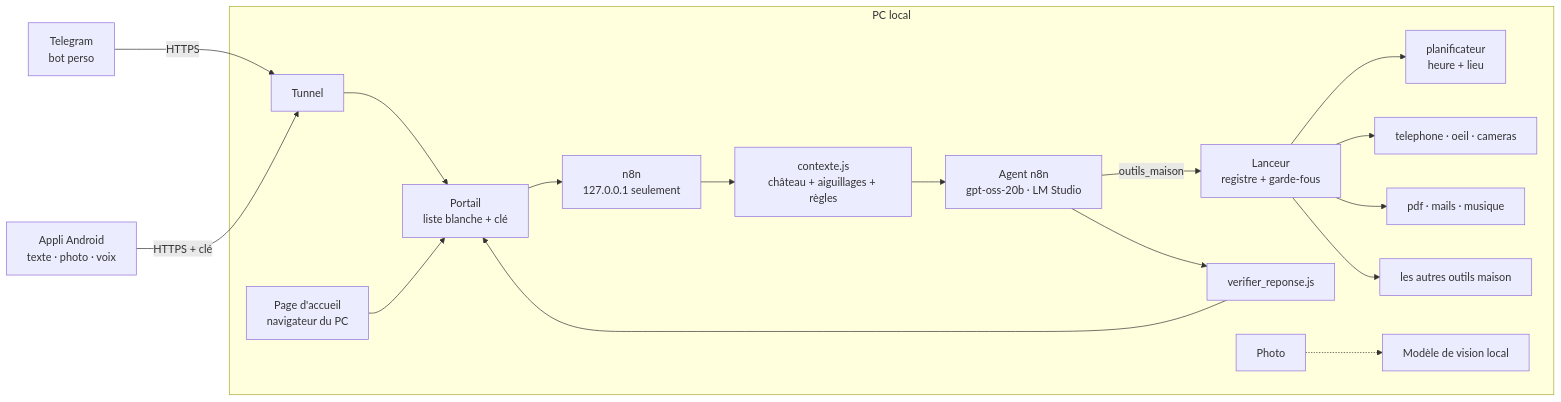
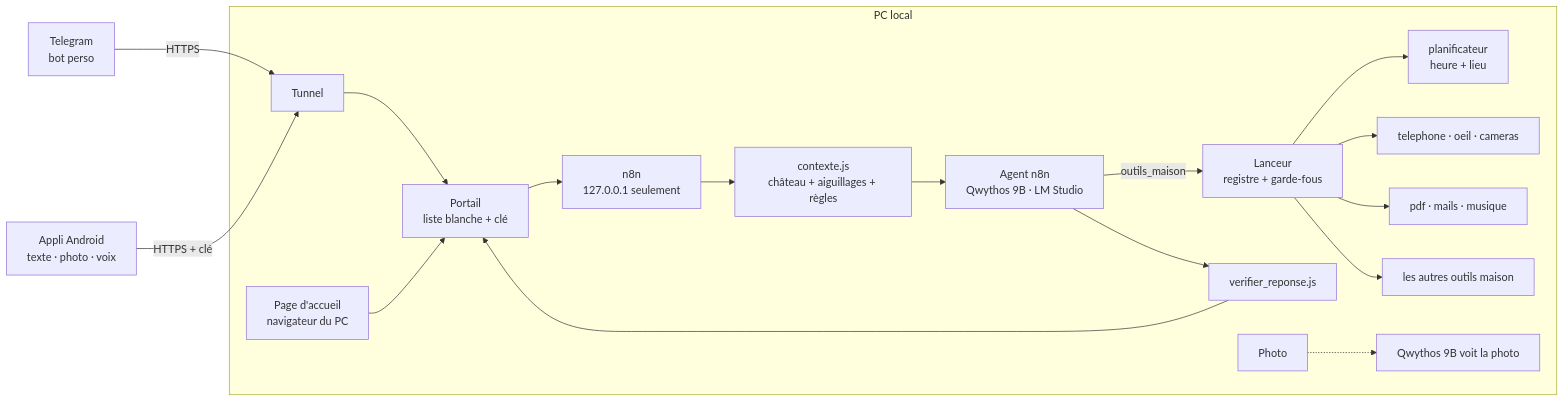
One commit to StoneRaider/archi changed the diagram in README.md. Above: the diagram before and after it, drawn with Mermaid. The commit also changed other lines of this file and 33 other files, not shown here.

First line of the commit message:
Modele par defaut : Qwythos 9B a la place de gpt-oss-20b

````diff
--- a/README.md
+++ b/README.md
@@ -187,17 +187,17 @@
 ```mermaid
 flowchart LR
   T[Telegram<br/>bot perso] -- HTTPS --> TU
   A[Appli Android<br/>texte · photo · voix] -- HTTPS + clé --> TU
   subgraph PC[PC local]
     TU[Tunnel] --> PO[Portail<br/>liste blanche + clé]
     NAV[Page d'accueil<br/>navigateur du PC] --> PO
     PO --> N[n8n<br/>127.0.0.1 seulement]
     N --> C[contexte.js<br/>château + aiguillages + règles]
-    C --> G[Agent n8n<br/>gpt-oss-20b · LM Studio]
+    C --> G[Agent n8n<br/>Qwythos 9B · LM Studio]
     G -- outils_maison --> O[Lanceur<br/>registre + garde-fous]
     O --> P1[planificateur<br/>heure + lieu] & P2[telephone · oeil · cameras] & P3[pdf · mails · musique] & P4[les autres outils maison]
     G --> V[verifier_reponse.js]
-    A2[Photo] -.-> VI[Modèle de vision local]
+    A2[Photo] -.-> VI[Qwythos 9B voit la photo]
   end
   V --> PO
 ```
````
